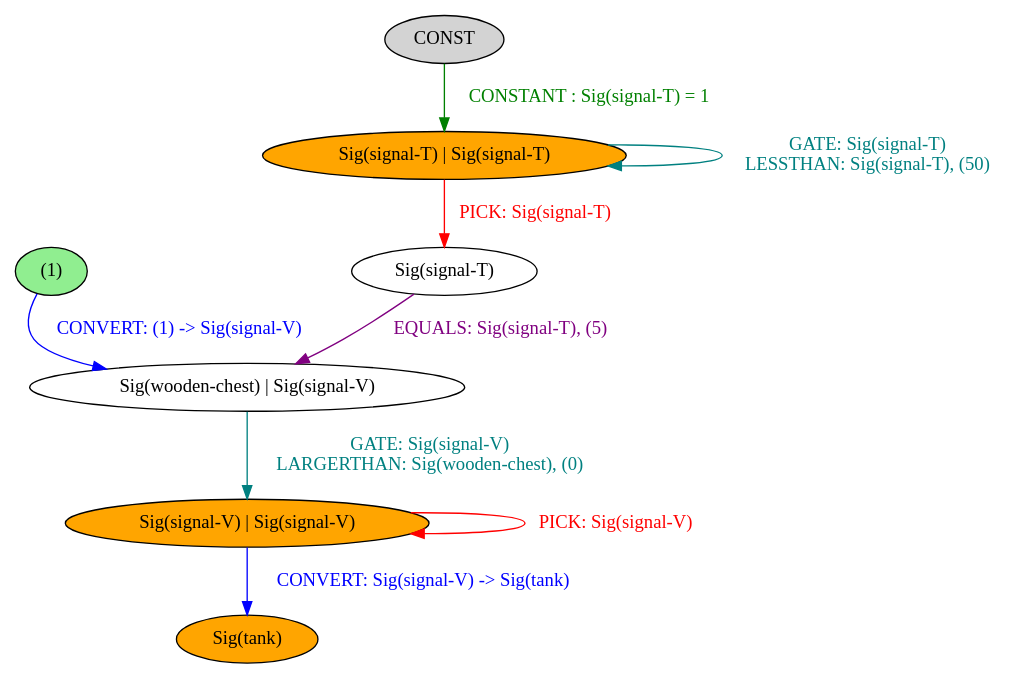
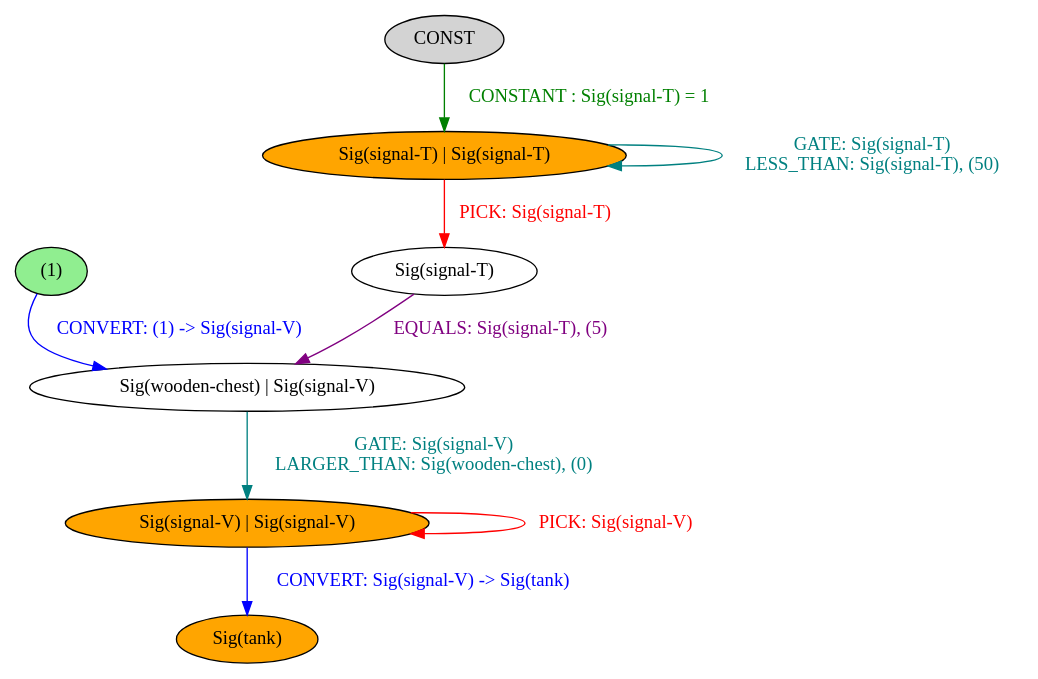
One commit to BalderHolst/chef changed the diagram in chef-lang/examples/counter.output.dot. Above: the diagram before and after it, drawn with Graphviz. The commit also changed 5 other files, not shown here.

```diff
--- a/chef-lang/examples/counter.output.dot
+++ b/chef-lang/examples/counter.output.dot
@@ -1,20 +1,20 @@
 strict digraph {
 	nodesep=1
 	5	[style=filled fillcolor=white label="Sig(signal-T)"]
 	7	[style=filled fillcolor=lightgreen label="(1)"]
 	1	[style=filled fillcolor=orange label="Sig(signal-T) | Sig(signal-T)"]
 	3	[style=filled fillcolor=orange label="Sig(signal-V) | Sig(signal-V)"]
 	2	[style=filled fillcolor=lightgray label="CONST"]
 	9	[style=filled fillcolor=orange label="Sig(tank)"]
 	8	[style=filled fillcolor=white label="Sig(wooden-chest) | Sig(signal-V)"]
 	5 -> 8	[label="EQUALS: Sig(signal-T), (5)" color=purple fontcolor=purple]
 	7 -> 8	[label="CONVERT: (1) -> Sig(signal-V)" color=blue fontcolor=blue]
 	1 -> 1	[label="GATE: Sig(signal-T)
-LESSTHAN: Sig(signal-T), (50)" color=teal fontcolor=teal]
+LESS_THAN: Sig(signal-T), (50)" color=teal fontcolor=teal]
 	1 -> 5	[label="PICK: Sig(signal-T)" color=red fontcolor=red]
 	3 -> 3	[label="PICK: Sig(signal-V)" color=red fontcolor=red]
 	3 -> 9	[label="CONVERT: Sig(signal-V) -> Sig(tank)" color=blue fontcolor=blue]
 	2 -> 1	[label="CONSTANT : Sig(signal-T) = 1" color=green fontcolor=green]
 	8 -> 3	[label="GATE: Sig(signal-V)
-LARGERTHAN: Sig(wooden-chest), (0)" color=teal fontcolor=teal]
+LARGER_THAN: Sig(wooden-chest), (0)" color=teal fontcolor=teal]
 }
```
